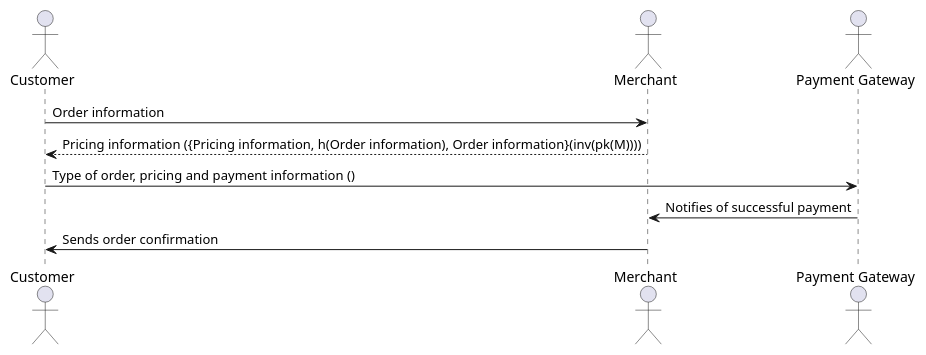
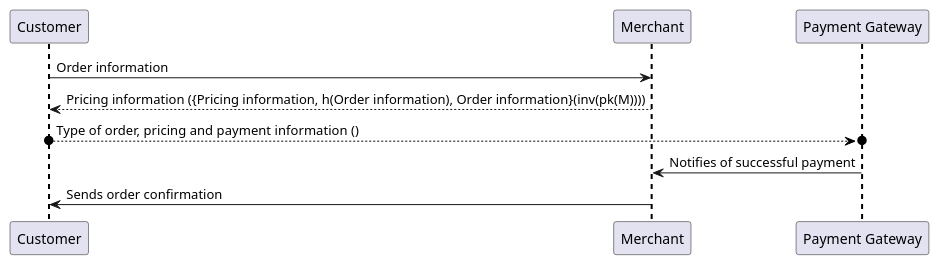
The diagram in sequencediagram.puml (DDFipZ/02244-Logic-Security), drawn with PlantUML before and after one commit. The commit also changed 1 other file, not shown here.

```diff
--- a/sequencediagram.puml
+++ b/sequencediagram.puml
@@ -1,11 +1,20 @@
 @startuml
-actor C as "Customer"
-actor M as "Merchant"
-actor PG as "Payment Gateway"
+<STYLE>
+sequenceDiagram {
+    Lifeline {
+      linecolor black
+      lineThickness 2
+    }
+}
+</STYLE>
+
+participant C as "Customer"
+participant M as "Merchant" 
+participant PG as "Payment Gateway"
 
 C -> M : Order information
 M --> C : Pricing information ({Pricing information, h(Order information), Order information}(inv(pk(M))))
-C -> PG : Type of order, pricing and payment information ()
+C o-[#black]->o PG : Type of order, pricing and payment information ()
 PG -> M : Notifies of successful payment
 M -> C : Sends order confirmation
 @enduml
```
